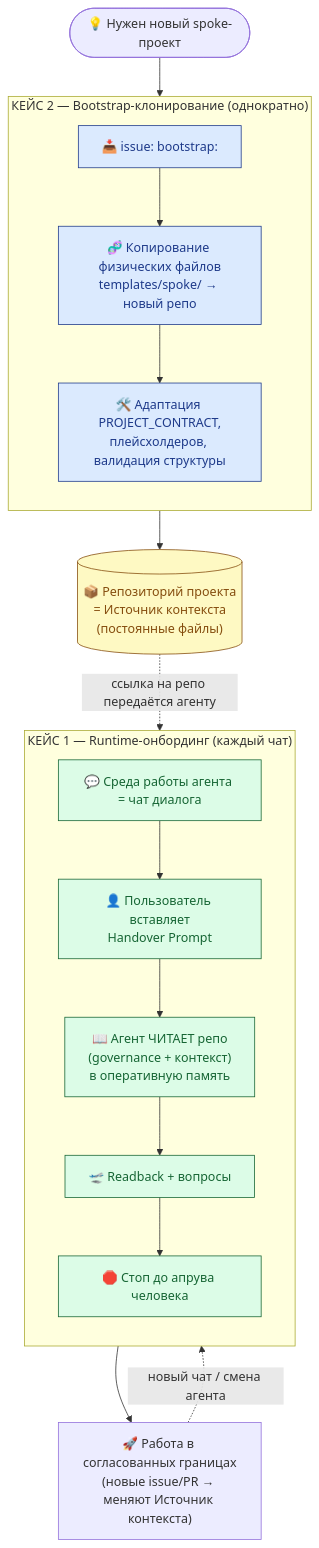
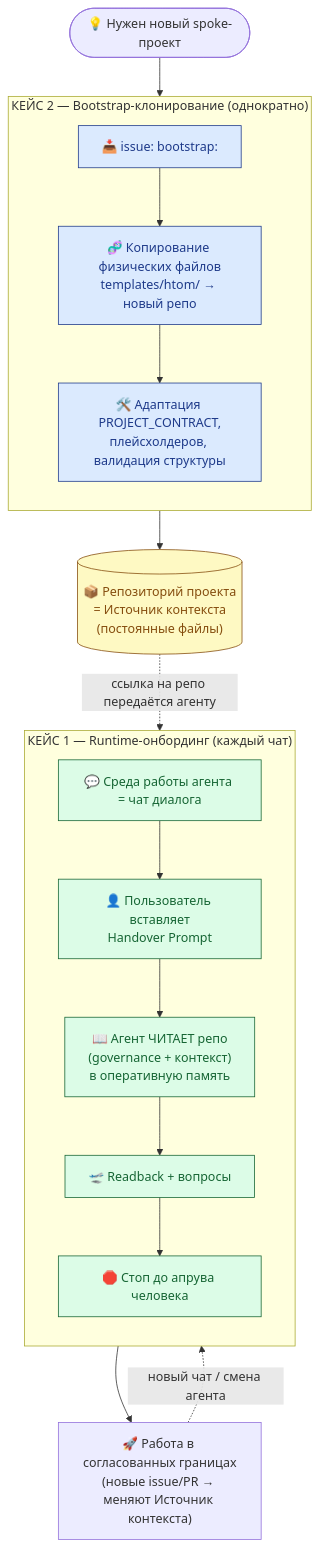
The diagram in governance/rfc/rfc-two-cases-of-project-initialization.md (konard/G-Ivan-A-hybrid-Intelligence-lab), drawn with Mermaid before and after one commit. The commit also changed other lines of this file and 32 other files, not shown here.

Commit message:
creative: clarify HTOM vs spoke concept with full refactoring

````diff
--- a/governance/rfc/rfc-two-cases-of-project-initialization.md
+++ b/governance/rfc/rfc-two-cases-of-project-initialization.md
@@ -169,37 +171,37 @@
 ```mermaid
 flowchart TD
     Need([💡 Нужен новый spoke-проект])
 
     subgraph C2["КЕЙС 2 — Bootstrap-клонирование (однократно)"]
         direction TB
         B1["📥 issue: bootstrap:<project>"]
-        B2["🧬 Копирование физических файлов<br/>templates/spoke/ → новый репо"]
+        B2["🧬 Копирование физических файлов<br/>templates/htom/ → новый репо"]
         B3["🛠️ Адаптация PROJECT_CONTRACT,<br/>плейсхолдеров, валидация структуры"]
         B1 --> B2 --> B3
     end
 
     Need --> C2
     C2 --> Repo[("📦 Репозиторий проекта<br/>= Источник контекста<br/>(постоянные файлы)")]
 
     Repo -. "ссылка на репо передаётся агенту" .-> C1
 
     subgraph C1["КЕЙС 1 — Runtime-онбординг (каждый чат)"]
         direction TB
         R0["💬 Среда работы агента = чат диалога"]
         R1["👤 Пользователь вставляет<br/>Handover Prompt"]
         R2["📖 Агент ЧИТАЕТ репо<br/>(governance + контекст)<br/>в оперативную память"]
         R3["🛫 Readback + вопросы"]
         R4["🛑 Стоп до апрува человека"]
         R0 --> R1 --> R2 --> R3 --> R4
     end
 
     C1 --> Work["🚀 Работа в согласованных границах<br/>(новые issue/PR → меняют Источник контекста)"]
     Work -. "новый чат / смена агента" .-> C1
 
     classDef bootstrap fill:#dbeafe,color:#1e3a8a,stroke:#1e3a8a;
     classDef runtime fill:#dcfce7,color:#166534,stroke:#166534;
     classDef store fill:#fef9c3,color:#854d0e,stroke:#854d0e;
     class B1,B2,B3 bootstrap;
     class R0,R1,R2,R3,R4 runtime;
     class Repo store;
 ```
````
